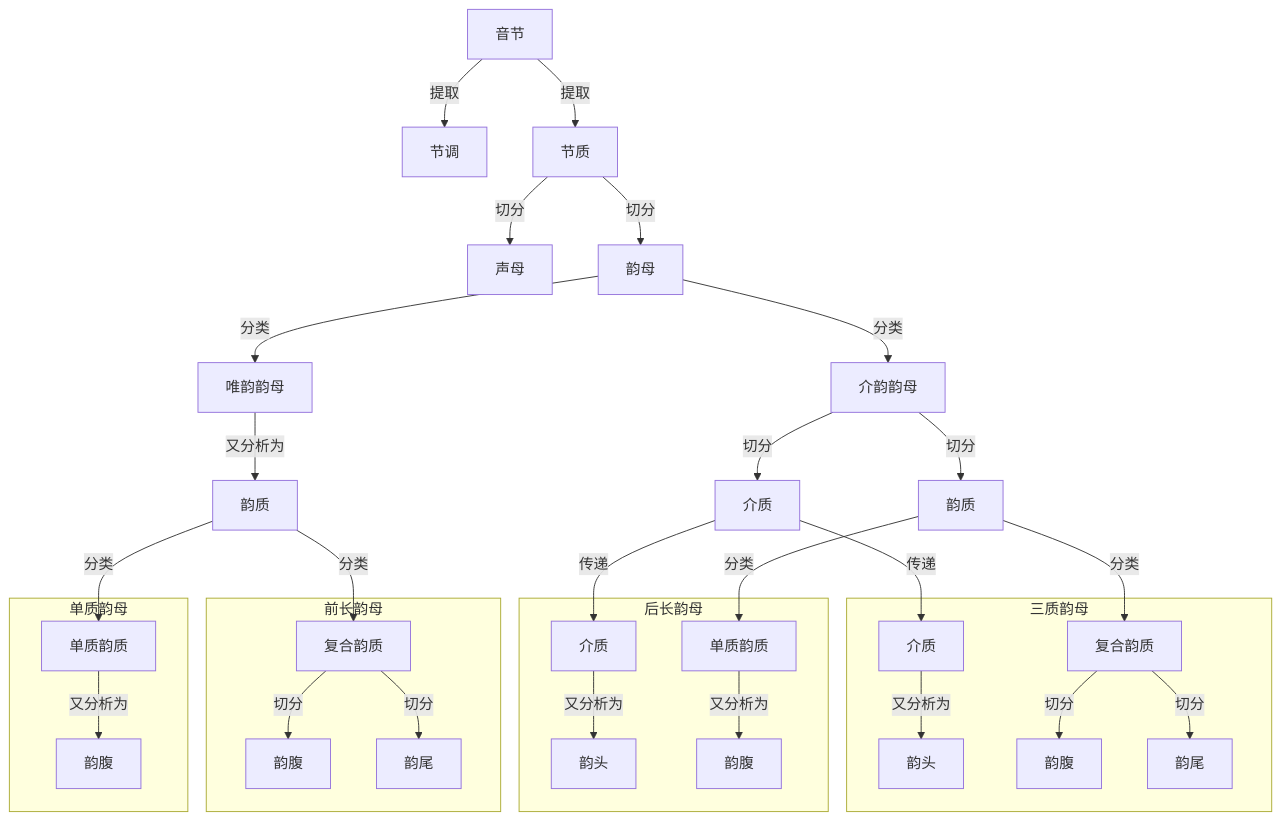
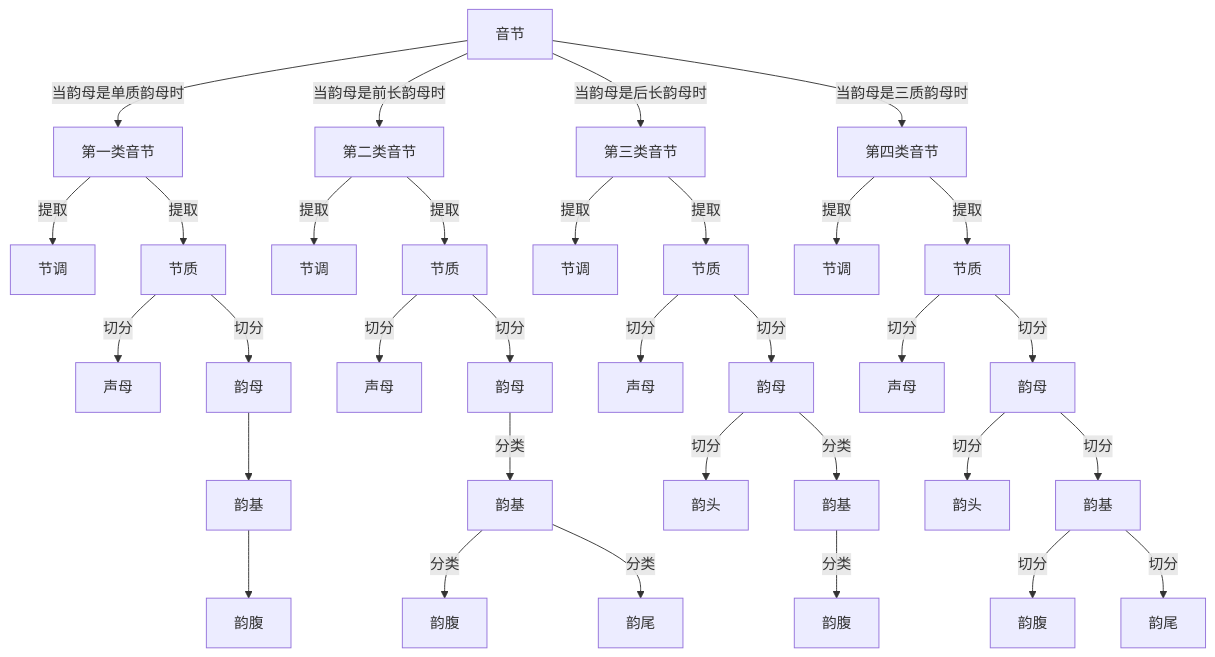
Before and after one commit to tsaanghwang/Yime-prototype: the diagram in YIME_Theory/flowchart/节调质素分析.mmd, drawn with Mermaid. The commit also changed 24 other files, not shown here.

```diff
--- a/YIME_Theory/flowchart/节调质素分析.mmd
+++ b/YIME_Theory/flowchart/节调质素分析.mmd
@@ -1,32 +1,42 @@
 graph TB
-    A[音节] --> |提取|B[节调]
-    A --> |提取|C[节质]
-    C --> |切分|D[声母]
-    C --> |切分|E[韵母]
-    E --> |分类|F[唯韵韵母]
-    E --> |分类|G[介韵韵母]
-    F --> |又分析为|H[韵质]
-    G --> |切分|I[介质]
-    G --> |切分|J[韵质]
-    H --> |分类|K[单质韵质]
-    H --> |分类|L[复合韵质]
-    J --> |分类|M[单质韵质]
-    J --> |分类|N[复合韵质]
-    I --> |传递|O[介质]
-    I --> |传递|P[介质]
-    subgraph 三质韵母[三质韵母]
-        P --> |又分析为|Q[韵头]
-        N --> |切分|R[韵腹]
-        N --> |切分|S[韵尾]
-    end
-    subgraph 前长韵母[后长韵母]
-        O --> |又分析为|T[韵头]
-        M --> |又分析为|U[韵腹]
-    end
-    subgraph 后长韵母[前长韵母]
-        L --> |切分|V[韵腹]
-        L --> |切分|W[韵尾]
-    end
-    subgraph 单质韵母[单质韵母]
-        K --> |又分析为|X[韵腹]
-    end
+    A[音节] --> |当韵母是单质韵母时|A1[第一类音节]
+    A[音节] --> |当韵母是前长韵母时|A2[第二类音节]
+    A[音节] --> |当韵母是后长韵母时|A3[第三类音节]
+    A[音节] --> |当韵母是三质韵母时|A4[第四类音节]
+
+    A1 --> |提取|B1[节调]
+    A2 --> |提取|B2[节调]
+    A3 --> |提取|B3[节调]
+    A4 --> |提取|B4[节调]
+
+
+    A1 --> |提取|C1[节质]
+    A2 --> |提取|C2[节质]
+    A3 --> |提取|C3[节质]
+    A4 --> |提取|C4[节质]
+
+    C1 --> |切分|D1[声母]
+    C2 --> |切分|D2[声母]
+    C3 --> |切分|D3[声母]
+    C4 --> |切分|D4[声母]
+
+    C1 --> |切分|E1[韵母]
+    C2 --> |切分|E2[韵母]
+    C3 --> |切分|E3[韵母]
+    C4 --> |切分|E4[韵母]
+
+    E1 --> F1[韵基]
+    F1 --> F2[韵腹]
+
+    E2 --> |分类|G1[韵基]
+    G1 --> |分类|G2[韵腹]
+    G1 --> |分类|G3[韵尾]
+
+    E3 --> |切分|H1[韵头]
+    E3 --> |分类|H2[韵基]
+    H2 --> |分类|H3[韵腹]
+
+    E4 --> |切分|I1[韵头]
+    E4 --> |切分|I2[韵基]
+    I2 --> |切分|I3[韵腹]
+    I2 --> |切分|I4[韵尾]
```
